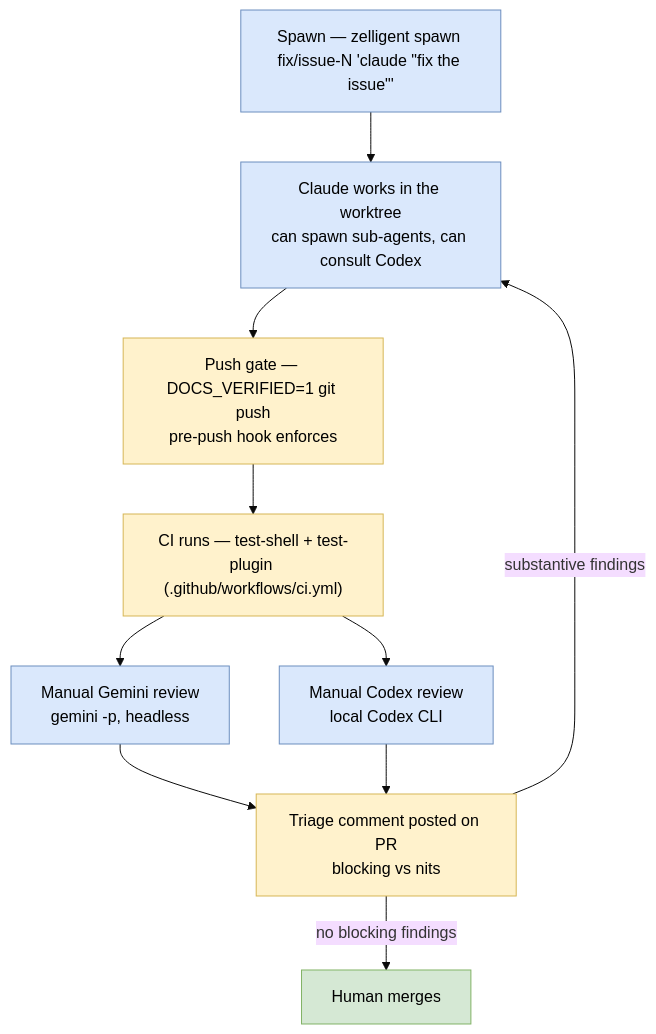
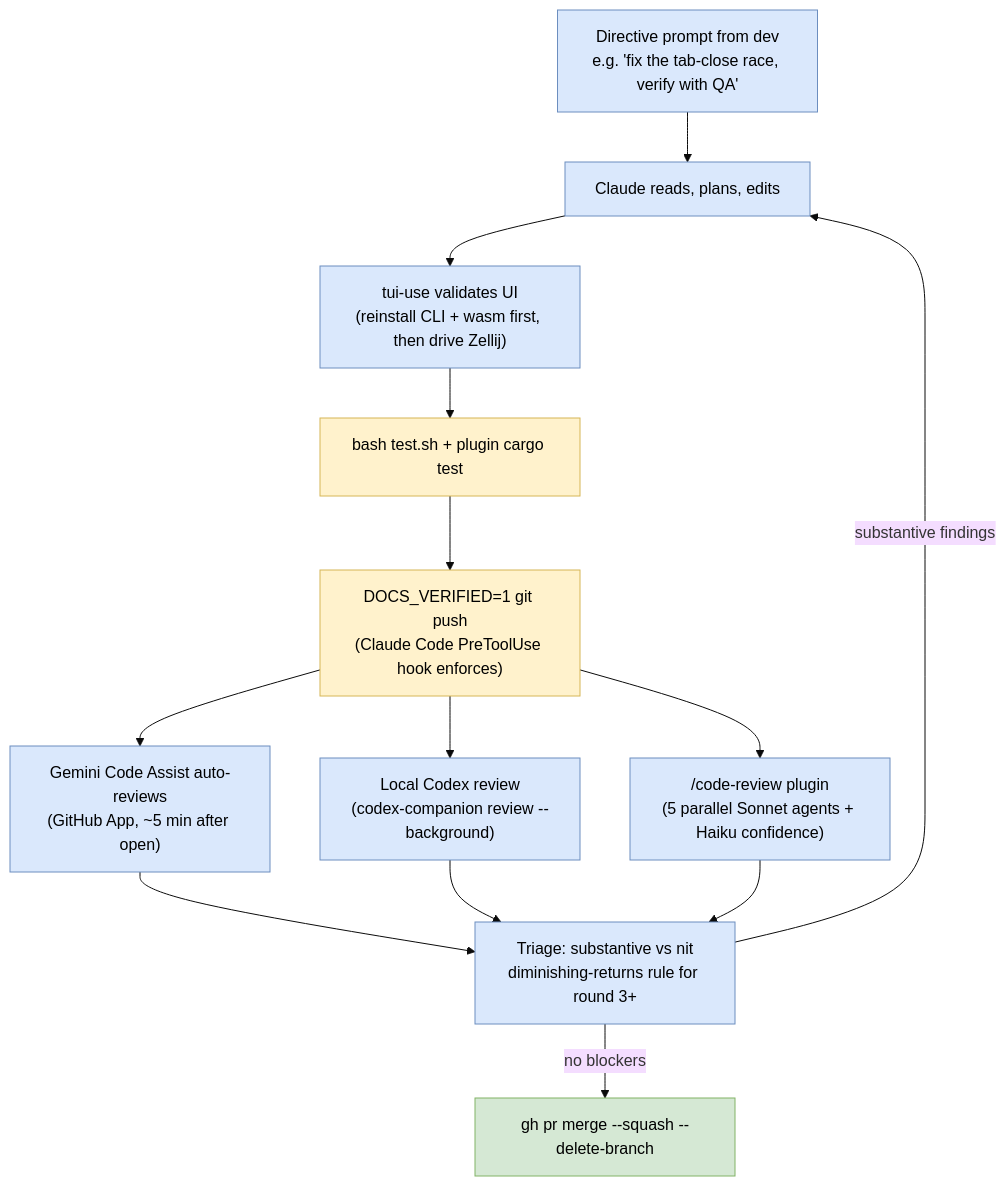
The diagram in docs/BUILDING_WITH_AGENTS.md (pcomans/zelligent), drawn with Mermaid (base theme) before and after one commit. The commit also changed other lines of this file, not shown here.

````diff
--- a/docs/BUILDING_WITH_AGENTS.md
+++ b/docs/BUILDING_WITH_AGENTS.md
@@ -36,19 +60,22 @@
 ```mermaid
 flowchart TD
-    A["Spawn — zelligent spawn fix/issue-N 'claude &quot;fix the issue&quot;'"] --> B["Claude works in the worktree<br/>can spawn sub-agents, can consult Codex"]
-    B --> C["Push gate — DOCS_VERIFIED=1 git push<br/>pre-push hook enforces"]
-    C --> D["CI runs — test-shell + test-plugin (.github/workflows/ci.yml)"]
-    D --> E["Manual Gemini review<br/>gemini -p, headless"]
-    D --> F["Manual Codex review<br/>local Codex CLI"]
-    E --> G["Triage comment posted on PR<br/>blocking vs nits"]
-    F --> G
-    G -->|substantive findings| B
-    G -->|no blocking findings| H["Human merges"]
+    A["Directive prompt from dev<br/>e.g. 'fix the tab-close race, verify with QA'"] --> B["Claude reads, plans, edits"]
+    B --> T["tui-use validates UI<br/>(reinstall CLI + wasm first, then drive Zellij)"]
+    T --> C["bash test.sh + plugin cargo test"]
+    C --> D["DOCS_VERIFIED=1 git push<br/>(Claude Code PreToolUse hook enforces)"]
+    D --> E["Gemini Code Assist auto-reviews<br/>(GitHub App, ~5 min after open)"]
+    D --> F["Local Codex review<br/>(codex-companion review --background)"]
+    D --> G["/code-review plugin<br/>(5 parallel Sonnet agents + Haiku confidence)"]
+    E --> H["Triage: substantive vs nit<br/>diminishing-returns rule for round 3+"]
+    F --> H
+    G --> H
+    H -->|substantive findings| B
+    H -->|no blockers| I["gh pr merge --squash --delete-branch"]
 
     classDef agent fill:#dae8fc,stroke:#6c8ebf,color:#000
     classDef gate fill:#fff2cc,stroke:#d6b656,color:#000
     classDef human fill:#d5e8d4,stroke:#82b366,color:#000
-    class A,B,E,F agent
-    class C,D,G gate
-    class H human
+    class A,B,T,E,F,G,H agent
+    class C,D gate
+    class I human
 ```
````
